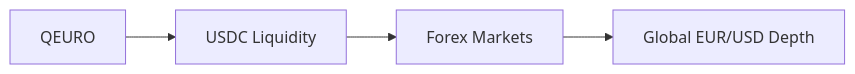
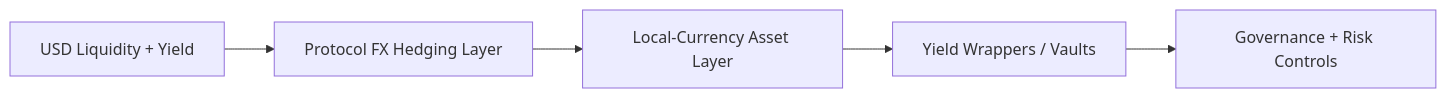
The diagram in introduction/tldr.md (Quantillon-Labs/gitbook), drawn with Mermaid before and after one commit. The commit also changed other lines of this file and 22 other files, not shown here.

````diff
--- a/introduction/tldr.md
+++ b/introduction/tldr.md
@@ -156,6 +19,7 @@
 ```mermaid
 flowchart LR
-    QEURO[QEURO] --> USDC[USDC Liquidity]
-    USDC --> Forex[Forex Markets]
-    Forex --> Global[Global EUR/USD Depth]
+    USD[USD Liquidity + Yield] --> Hedge[Protocol FX Hedging Layer]
+    Hedge --> Local[Local-Currency Asset Layer]
+    Local --> Wrapper[Yield Wrappers / Vaults]
+    Wrapper --> Governance[Governance + Risk Controls]
 ```
````
